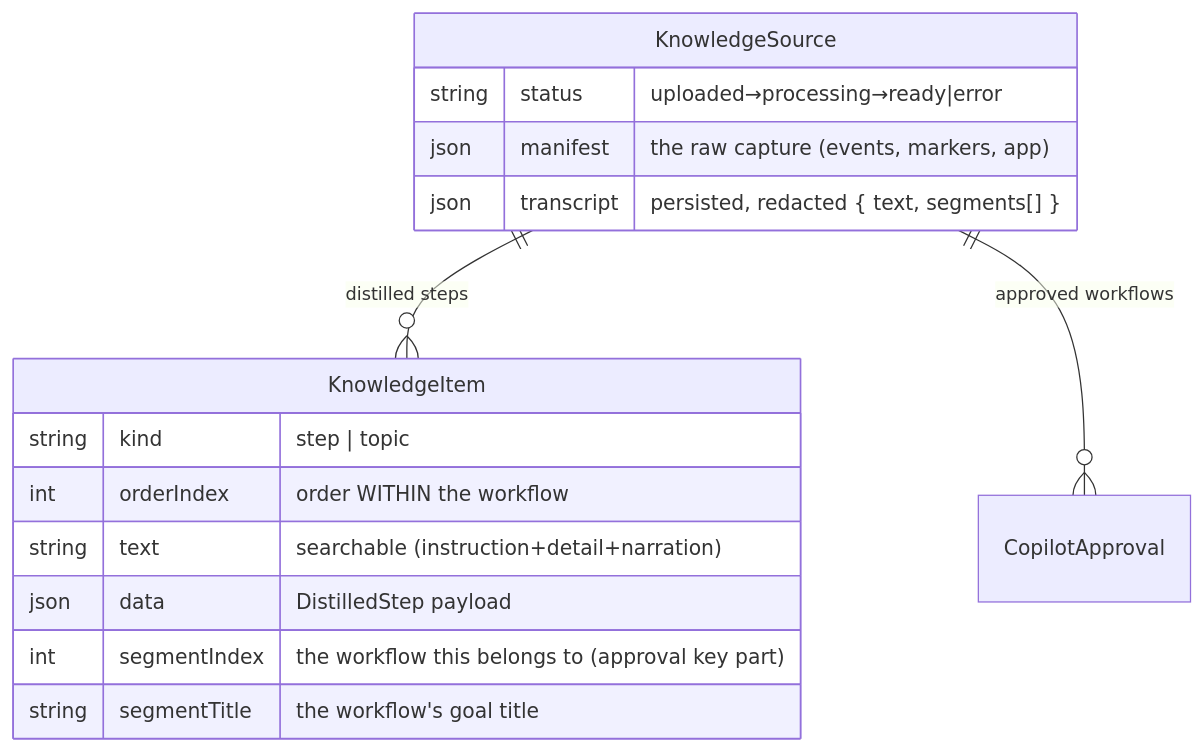
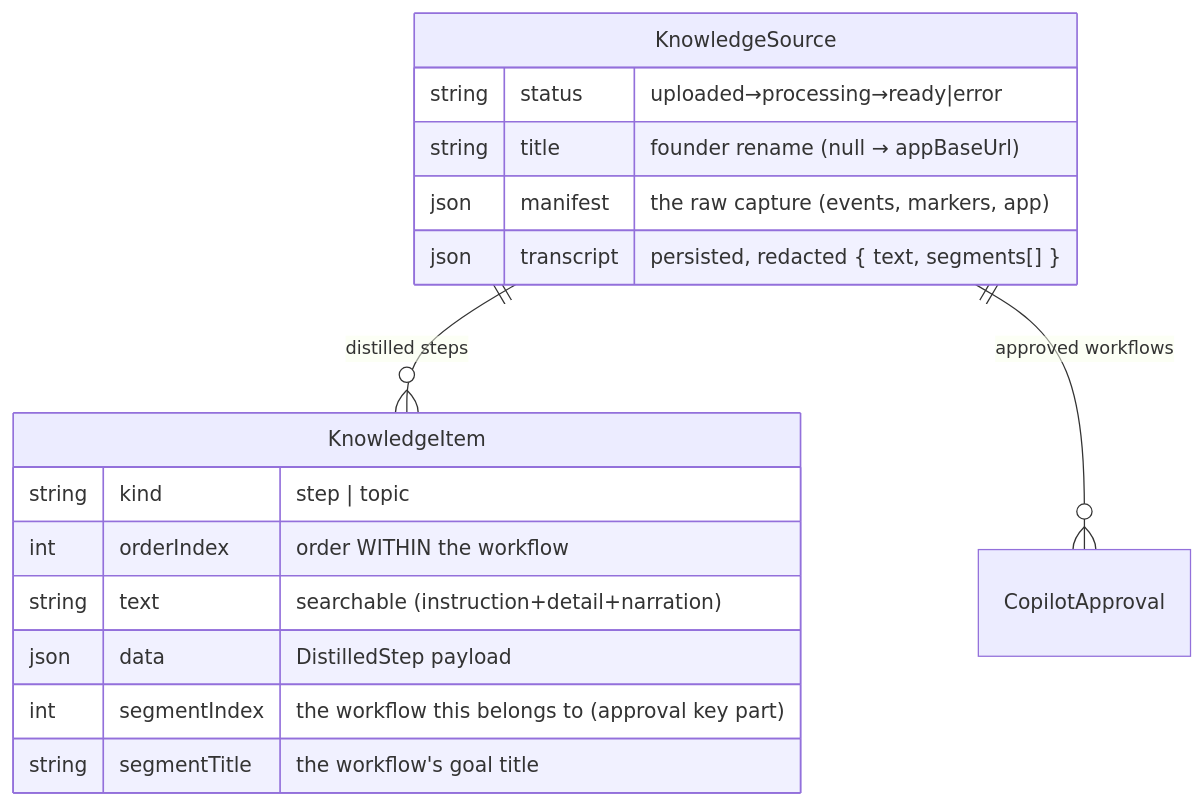
The second of 2 diagrams in docs/internals/data-model-and-storage.md (himanshu3553/flowbuddy), drawn with Mermaid before and after one commit. The commit also changed other lines of this file and 6 other files, not shown here.

````diff
--- a/docs/internals/data-model-and-storage.md
+++ b/docs/internals/data-model-and-storage.md
@@ -59,18 +59,19 @@
 ```mermaid
 erDiagram
     KnowledgeSource ||--o{ KnowledgeItem : "distilled steps"
     KnowledgeSource ||--o{ CopilotApproval : "approved workflows"
     KnowledgeSource {
         string status "uploaded→processing→ready|error"
+        string title "founder rename (null → appBaseUrl)"
         json manifest "the raw capture (events, markers, app)"
         json transcript "persisted, redacted { text, segments[] }"
     }
     KnowledgeItem {
         string kind "step | topic"
         int orderIndex "order WITHIN the workflow"
         string text "searchable (instruction+detail+narration)"
         json data "DistilledStep payload"
         int segmentIndex "the workflow this belongs to (approval key part)"
         string segmentTitle "the workflow's goal title"
     }
 ```
````
